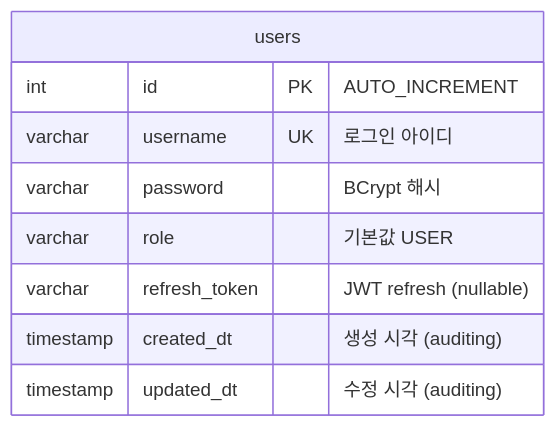
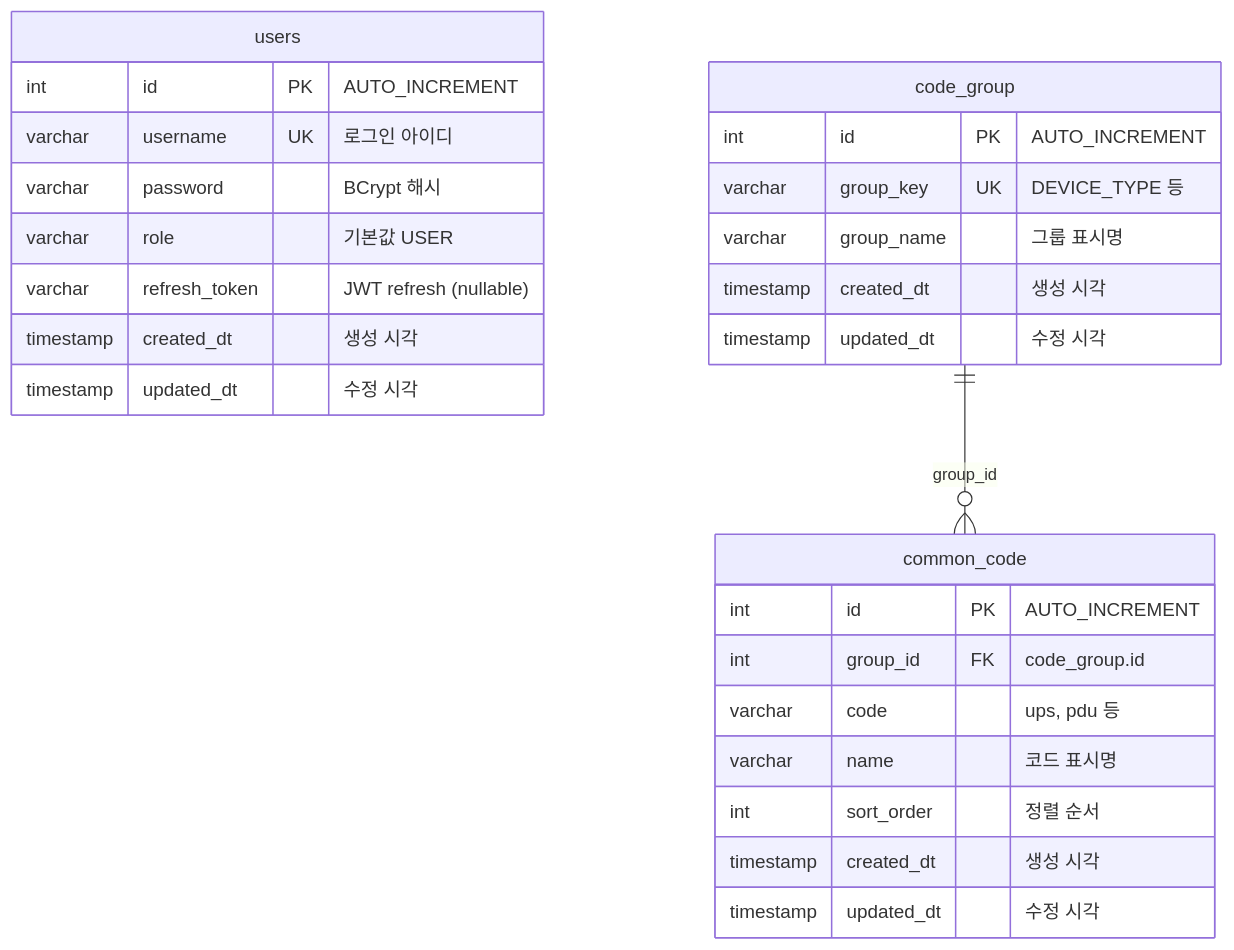
One commit to SHINBOGEUN/dcim changed the diagram in docs/ERD.md. Above: the diagram before and after it, drawn with Mermaid. The commit also changed other lines of this file and 3 other files, not shown here.

First line of the commit message:
docs: add code_group and common_code schema and update ERD

````diff
--- a/docs/ERD.md
+++ b/docs/ERD.md
@@ -14,12 +14,32 @@
 ```mermaid
 erDiagram
     users {
         int id PK "AUTO_INCREMENT"
         varchar username UK "로그인 아이디"
         varchar password "BCrypt 해시"
         varchar role "기본값 USER"
         varchar refresh_token "JWT refresh (nullable)"
-        timestamp created_dt "생성 시각 (auditing)"
-        timestamp updated_dt "수정 시각 (auditing)"
+        timestamp created_dt "생성 시각"
+        timestamp updated_dt "수정 시각"
     }
+
+    code_group {
+        int id PK "AUTO_INCREMENT"
+        varchar group_key UK "DEVICE_TYPE 등"
+        varchar group_name "그룹 표시명"
+        timestamp created_dt "생성 시각"
+        timestamp updated_dt "수정 시각"
+    }
+
+    common_code {
+        int id PK "AUTO_INCREMENT"
+        int group_id FK "code_group.id"
+        varchar code "ups, pdu 등"
+        varchar name "코드 표시명"
+        int sort_order "정렬 순서"
+        timestamp created_dt "생성 시각"
+        timestamp updated_dt "수정 시각"
+    }
+
+    code_group ||--o{ common_code : "group_id"
 ```
````
